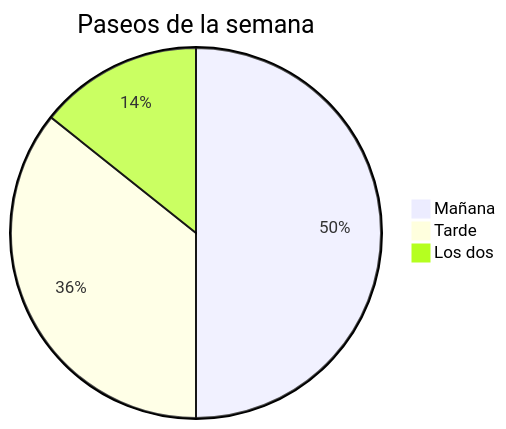
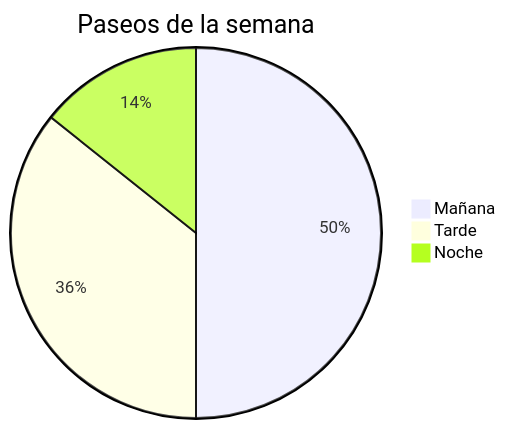
One commit to rgdevment/Tisty changed the third of 4 diagrams in app/src-tauri/resources/guide/es/guia.md. Above: the diagram before and after it, drawn with Mermaid. The commit also changed other lines of this file and 2 other files, not shown here.

Commit message:
docs(guide): Rina is introduced once, each topic opens with its why, and pages and sheets come before diagrams

````diff
--- a/app/src-tauri/resources/guide/es/guia.md
+++ b/app/src-tauri/resources/guide/es/guia.md
@@ -208,6 +233,6 @@
 ```mermaid
 pie title Paseos de la semana
   "Mañana" : 7
   "Tarde" : 5
-  "Los dos" : 2
+  "Noche" : 2
 ```
````
